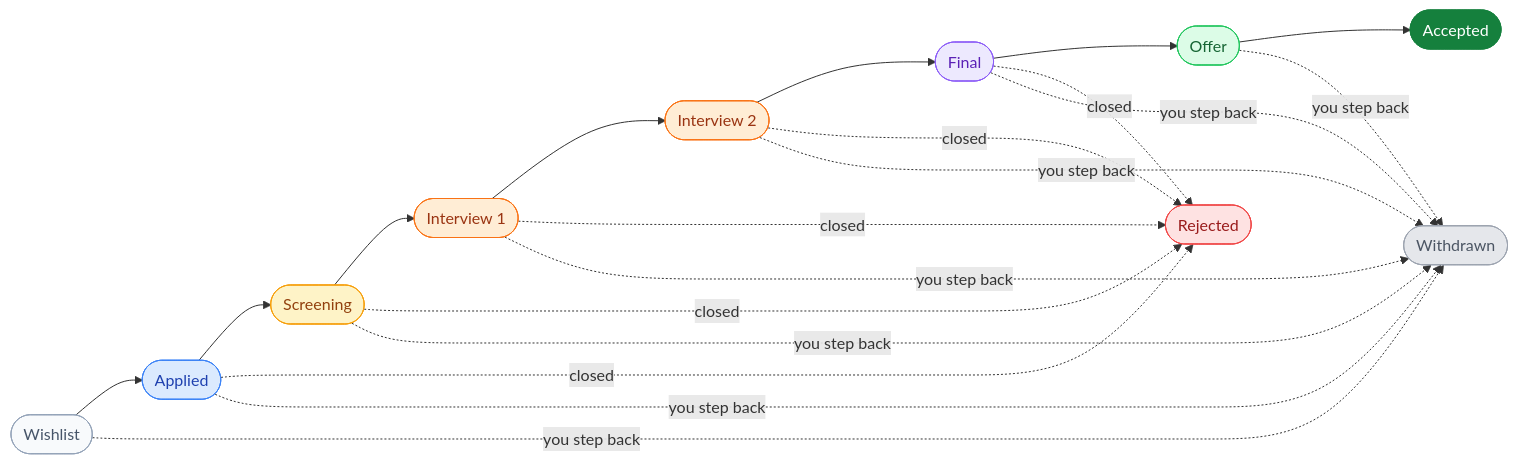
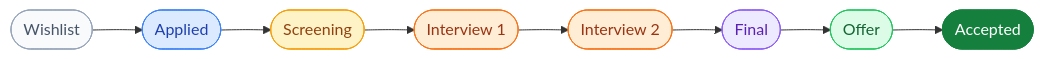
Before and after one commit to KathiriyaHardik/ai-lab: the first of 2 diagrams in projects/01-ai-job-tracker/README.md, drawn with Mermaid. The commit also changed other lines of this file, not shown here.

First line of the commit message:
Simplify README diagrams so they render cleanly on GitHub

````diff
--- a/projects/01-ai-job-tracker/README.md
+++ b/projects/01-ai-job-tracker/README.md
@@ -148,25 +148,19 @@
 ```mermaid
 flowchart LR
     W([Wishlist]) --> A([Applied]) --> S([Screening]) --> I1([Interview 1]) --> I2([Interview 2]) --> F([Final]) --> O([Offer]) --> AC([Accepted])
-    A & S & I1 & I2 & F -.->|closed| R([Rejected])
-    W & A & S & I1 & I2 & F & O -.->|you step back| WD([Withdrawn])
 
     classDef wish fill:#F8FAFC,stroke:#94A3B8,color:#475569
     classDef applied fill:#DBEAFE,stroke:#3B82F6,color:#1E40AF
     classDef screen fill:#FEF3C7,stroke:#F59E0B,color:#92400E
     classDef interview fill:#FFEDD5,stroke:#F97316,color:#9A3412
     classDef final fill:#EDE9FE,stroke:#8B5CF6,color:#5B21B6
     classDef offer fill:#DCFCE7,stroke:#22C55E,color:#166534
     classDef accepted fill:#15803D,stroke:#15803D,color:#FFFFFF
-    classDef rejected fill:#FEE2E2,stroke:#EF4444,color:#991B1B
-    classDef withdrawn fill:#E5E7EB,stroke:#9CA3AF,color:#4B5563
     class W wish
     class A applied
     class S screen
     class I1,I2 interview
     class F final
     class O offer
     class AC accepted
-    class R rejected
-    class WD withdrawn
 ```
````
